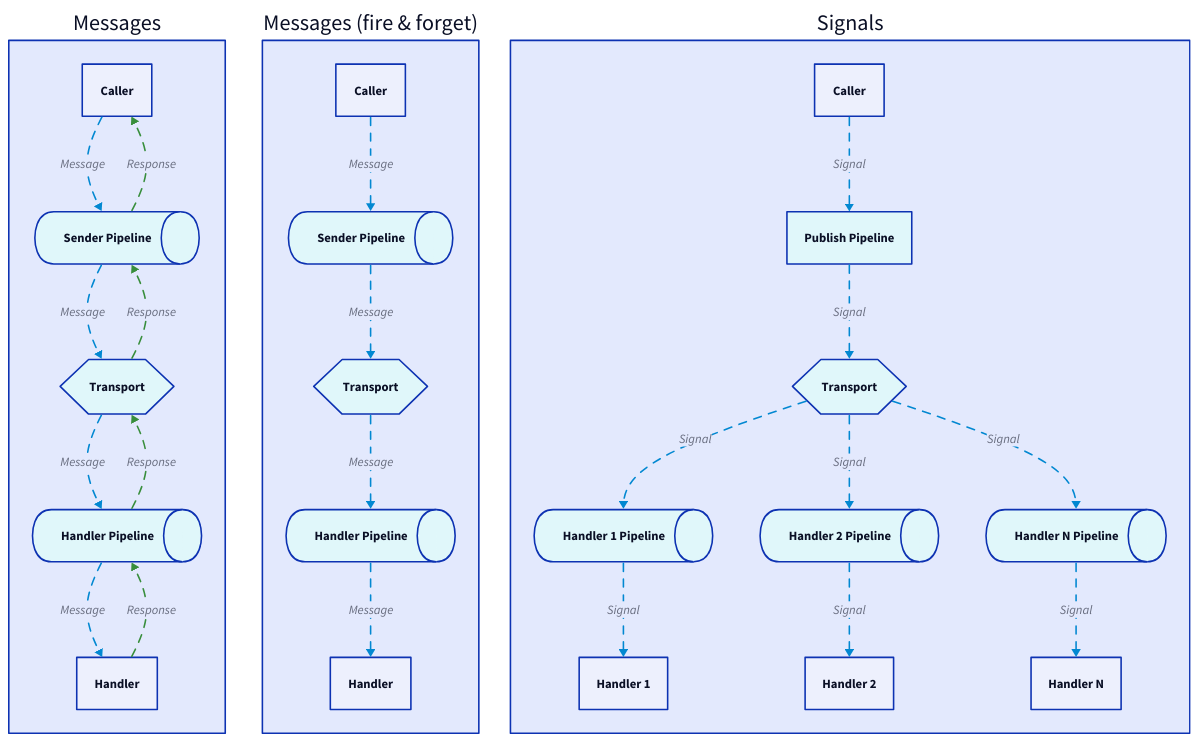
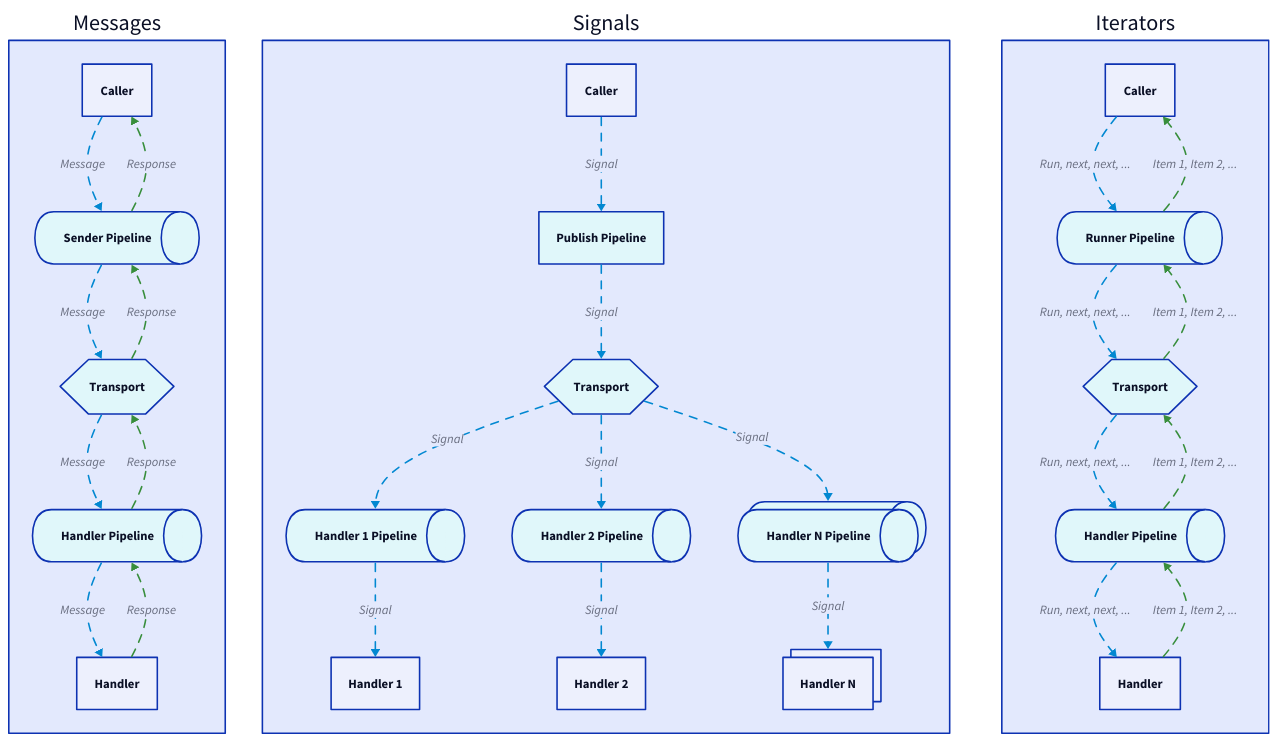
One commit to MrWolfZ/Conqueror changed the diagram in docs/intro.d2. Above: the diagram before and after it, drawn with D2. The commit also changed 1 other file, not shown here.

Commit message:
docs: update intro diagram in readme

```diff
--- a/docs/intro.d2
+++ b/docs/intro.d2
@@ -1,6 +1,6 @@
 direction: down
 
-MessagesWithResponse: Messages {
+Messages: {
   Caller: {
     shape: rectangle
   }
@@ -65,51 +65,6 @@
   }
 }
 
-MessagesFireAndForget: Messages (fire & forget) {
-  Caller: {
-    shape: rectangle
-  }
-
-  SenderPipeline: Sender Pipeline {
-    shape: queue
-    style.fill: "#e0f7fa"
-  }
-
-  Transport: {
-    shape: hexagon
-    style.fill: "#e0f7fa"
-  }
-
-  HandlerPipeline: Handler Pipeline {
-    shape: queue
-    style.fill: "#e0f7fa"
-  }
-
-  Handler: {
-    shape: rectangle
-  }
-
-  Caller -> SenderPipeline: "Message" {
-    style.stroke: "#0288d1"
-    style.animated: true
-  }
-
-  SenderPipeline -> Transport: "Message" {
-    style.stroke: "#0288d1"
-    style.animated: true
-  }
-
-  Transport -> HandlerPipeline: "Message" {
-    style.stroke: "#0288d1"
-    style.animated: true
-  }
-
-  HandlerPipeline -> Handler: "Message" {
-    style.stroke: "#0288d1"
-    style.animated: true
-  }
-}
-
 Signals: {
   Caller: {
     shape: rectangle
@@ -138,6 +93,7 @@
   HandlerNPipeline: Handler N Pipeline {
     shape: queue
     style.fill: "#e0f7fa"
+    style.multiple: true
   }
 
   Handler1: Handler 1 {
@@ -150,6 +106,7 @@
 
   HandlerN: Handler N {
     shape: rectangle
+    style.multiple: true
   }
 
   Caller -> PublishPipeline: Signal {
@@ -192,3 +149,68 @@
     style.animated: true
   }
 }
+
+Iterators: {
+  Caller: {
+    shape: rectangle
+  }
+
+  RunnerPipeline: Runner Pipeline {
+    shape: queue
+    style.fill: "#e0f7fa"
+  }
+
+  Transport: {
+    shape: hexagon
+    style.fill: "#e0f7fa"
+  }
+
+  HandlerPipeline: Handler Pipeline {
+    shape: queue
+    style.fill: "#e0f7fa"
+  }
+
+  Handler: {
+    shape: rectangle
+  }
+
+  Caller -> RunnerPipeline: "Run, next, next, ...      " {
+    style.stroke: "#0288d1"
+    style.animated: true
+  }
+
+  RunnerPipeline -> Caller: "Item 1, Item 2, ..." {
+    style.stroke: "#388e3c"
+    style.animated: true
+  }
+
+  RunnerPipeline -> Transport: "Run, next, next, ...      " {
+    style.stroke: "#0288d1"
+    style.animated: true
+  }
+
+  Transport -> RunnerPipeline: "Item 1, Item 2, ..." {
+    style.stroke: "#388e3c"
+    style.animated: true
+  }
+
+  Transport -> HandlerPipeline: "Run, next, next, ...      " {
+    style.stroke: "#0288d1"
+    style.animated: true
+  }
+
+  HandlerPipeline -> Transport: "Item 1, Item 2, ..." {
+    style.stroke: "#388e3c"
+    style.animated: true
+  }
+
+  HandlerPipeline -> Handler: "Run, next, next, ...      " {
+    style.stroke: "#0288d1"
+    style.animated: true
+  }
+
+  Handler -> HandlerPipeline: "Item 1, Item 2, ..." {
+    style.stroke: "#388e3c"
+    style.animated: true
+  }
+}
```
